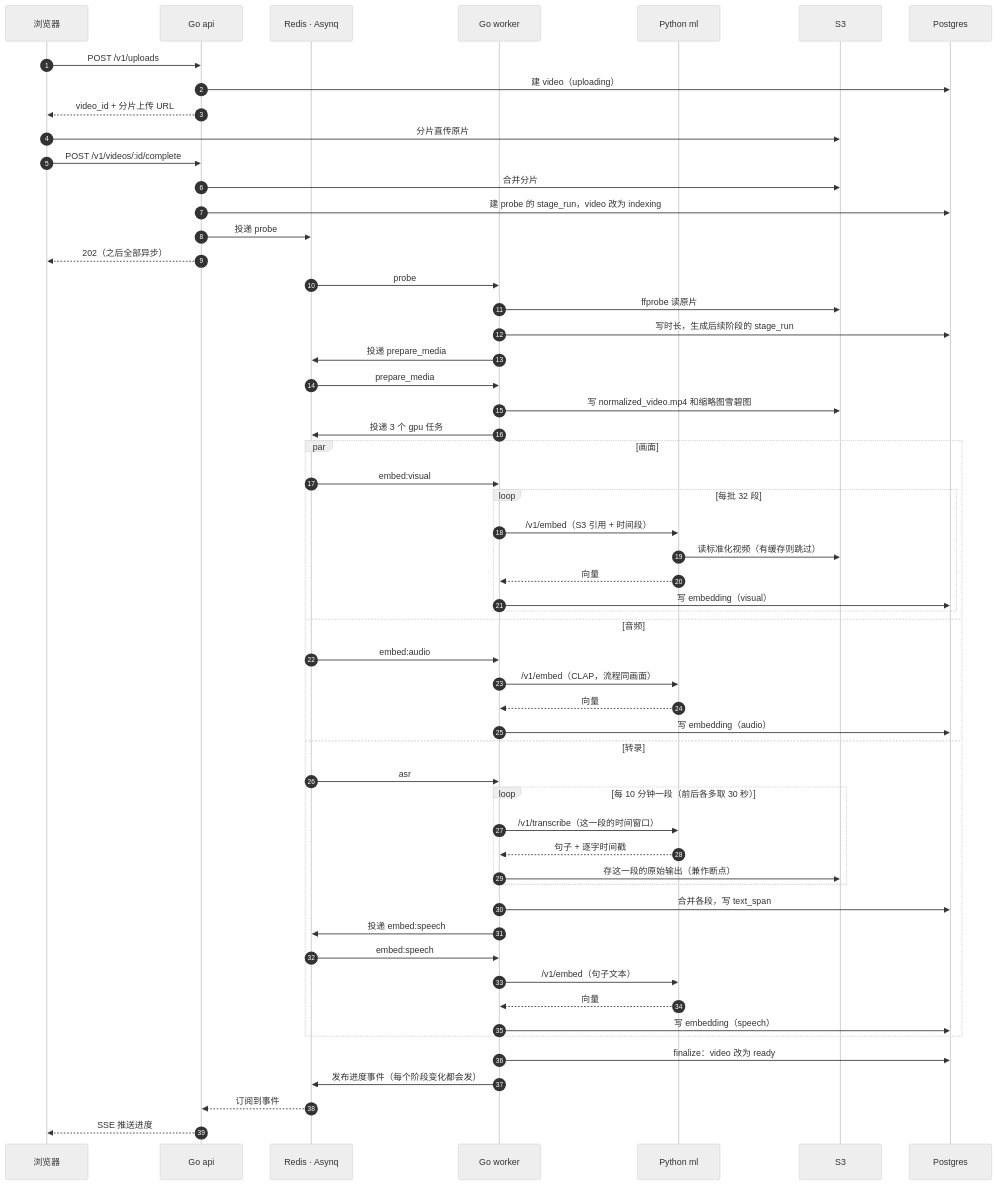
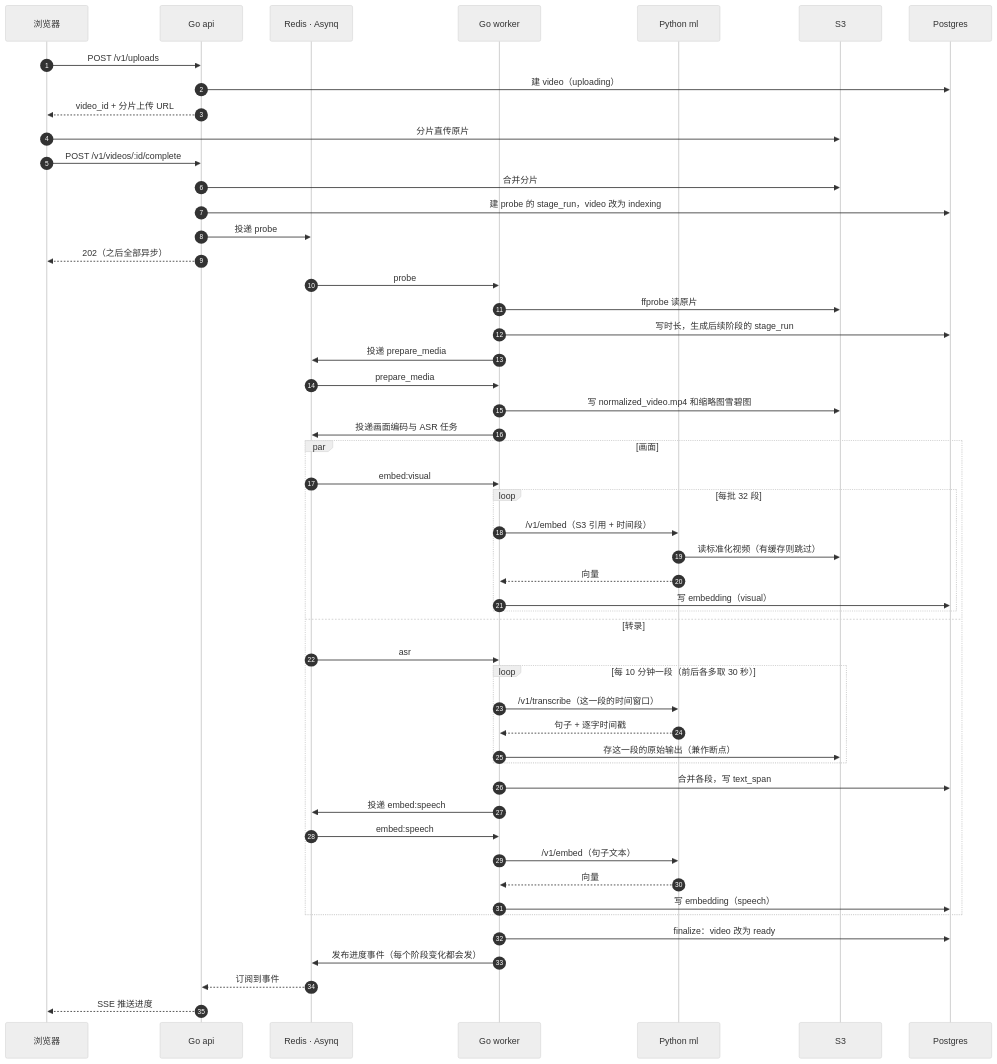
One commit to realOzine/videohelper changed the fifth of 17 diagrams in docs/design.md. Above: the diagram before and after it, drawn with Mermaid (neutral theme). The commit also changed other lines of this file and 7 other files, not shown here.

````diff
--- a/docs/design.md
+++ b/docs/design.md
@@ -299,62 +303,57 @@
 ```mermaid
 sequenceDiagram
   autonumber
   participant B as 浏览器
   participant A as Go api
   participant R as Redis · Asynq
   participant W as Go worker
   participant P as Python ml
   participant S as S3
   participant G as Postgres
 
   B->>A: POST /v1/uploads
   A->>G: 建 video（uploading）
   A-->>B: video_id + 分片上传 URL
   B->>S: 分片直传原片
   B->>A: POST /v1/videos/:id/complete
   A->>S: 合并分片
   A->>G: 建 probe 的 stage_run，video 改为 indexing
   A->>R: 投递 probe
   A-->>B: 202（之后全部异步）
 
   R->>W: probe
   W->>S: ffprobe 读原片
   W->>G: 写时长，生成后续阶段的 stage_run
   W->>R: 投递 prepare_media
   R->>W: prepare_media
   W->>S: 写 normalized_video.mp4 和缩略图雪碧图
-  W->>R: 投递 3 个 gpu 任务
+  W->>R: 投递画面编码与 ASR 任务
 
   par 画面
     R->>W: embed:visual
     loop 每批 32 段
       W->>P: /v1/embed（S3 引用 + 时间段）
       P->>S: 读标准化视频（有缓存则跳过）
       P-->>W: 向量
       W->>G: 写 embedding（visual）
     end
-  and 音频
-    R->>W: embed:audio
-    W->>P: /v1/embed（CLAP，流程同画面）
-    P-->>W: 向量
-    W->>G: 写 embedding（audio）
   and 转录
     R->>W: asr
     loop 每 10 分钟一段（前后各多取 30 秒）
       W->>P: /v1/transcribe（这一段的时间窗口）
       P-->>W: 句子 + 逐字时间戳
       W->>S: 存这一段的原始输出（兼作断点）
     end
     W->>G: 合并各段，写 text_span
     W->>R: 投递 embed:speech
     R->>W: embed:speech
     W->>P: /v1/embed（句子文本）
     P-->>W: 向量
     W->>G: 写 embedding（speech）
   end
 
   W->>G: finalize：video 改为 ready
   W->>R: 发布进度事件（每个阶段变化都会发）
   R-->>A: 订阅到事件
   A-->>B: SSE 推送进度
 ```
````
